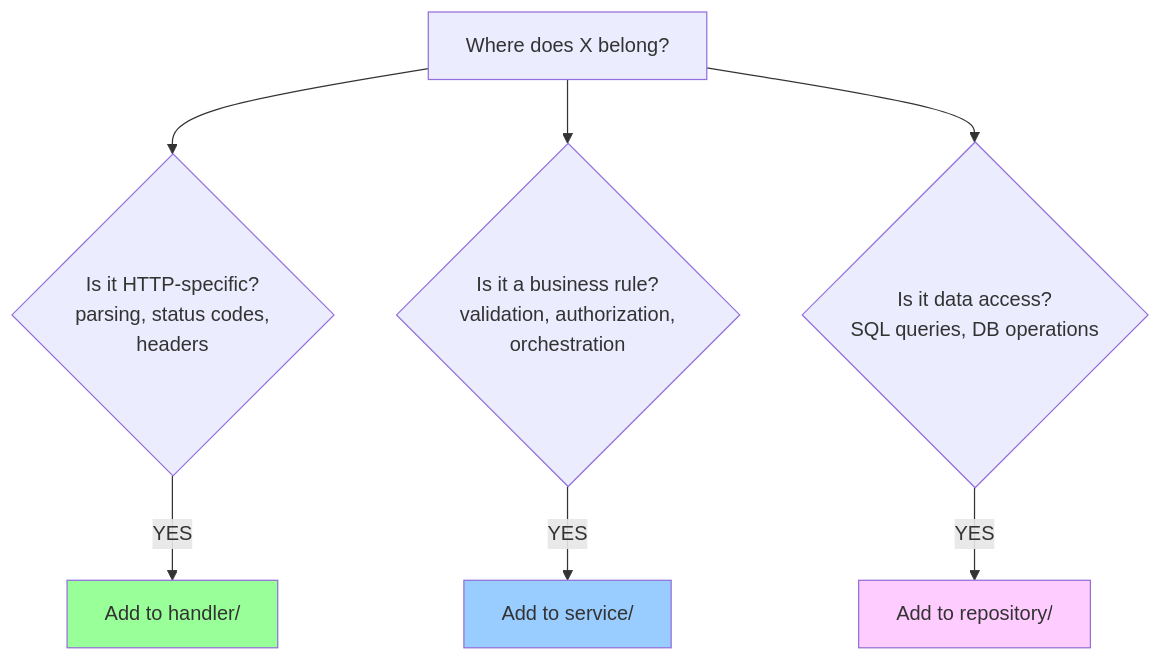
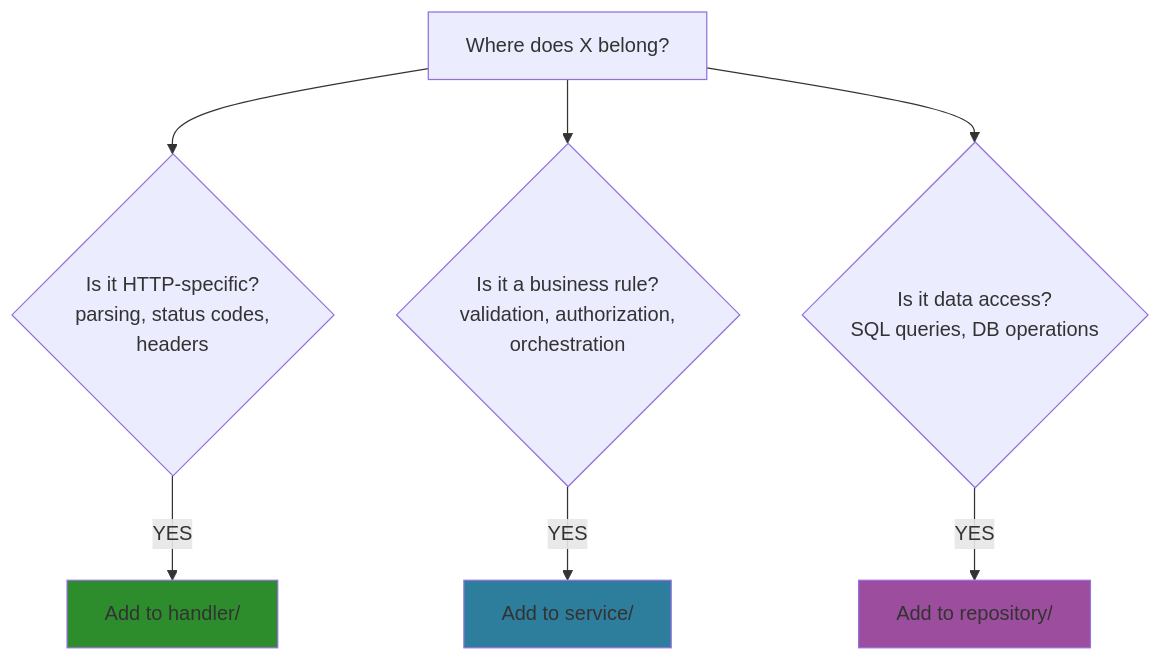
Before and after one commit to haowjy/meridian: diagram 13 of 13 in _docs/technical/backend/clean-architecture-guide.md, drawn with Mermaid. The commit also changed other lines of this file and 40 other files, not shown here.

````diff
--- a/_docs/technical/backend/clean-architecture-guide.md
+++ b/_docs/technical/backend/clean-architecture-guide.md
@@ -1007,16 +1007,16 @@
 ```mermaid
 graph TB
     Question[Where does X belong?]
 
     Question --> HTTP{Is it HTTP-specific?<br/>parsing, status codes,<br/>headers}
     Question --> Business{Is it a business rule?<br/>validation, authorization,<br/>orchestration}
     Question --> Data{Is it data access?<br/>SQL queries, DB operations}
 
     HTTP -->|YES| Handler[Add to handler/]
     Business -->|YES| Service[Add to service/]
     Data -->|YES| Repo[Add to repository/]
 
-    style Handler fill:#9f9
-    style Service fill:#9cf
-    style Repo fill:#fcf
+    style Handler fill:#2d8d2d
+    style Service fill:#2d7d9d
+    style Repo fill:#9d4d9d
 ```
````
